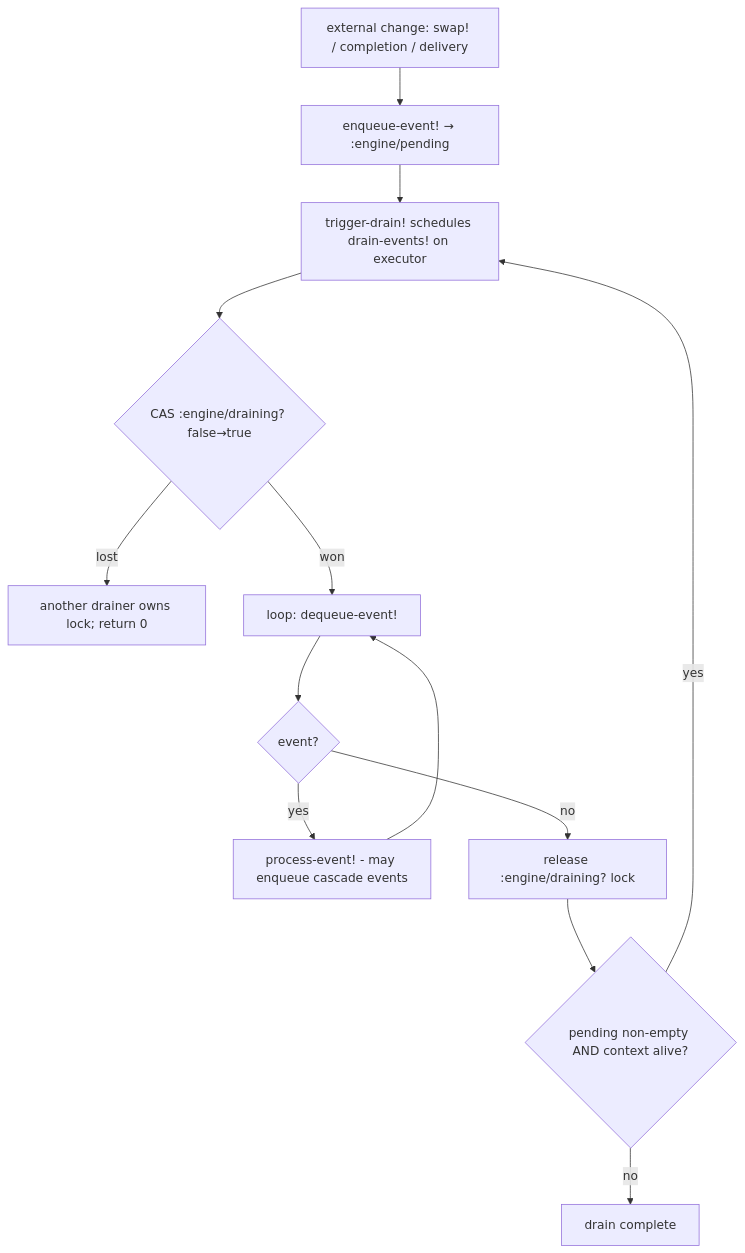
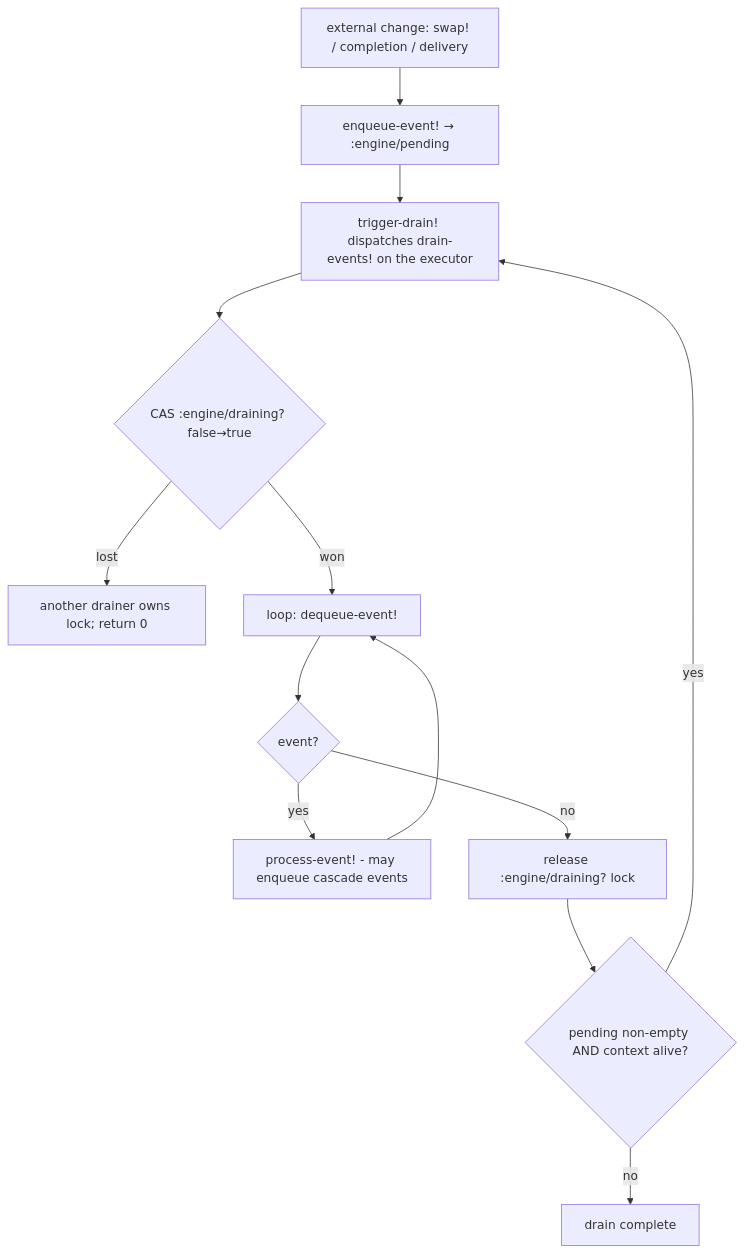
The first of 7 diagrams in docs/engine-formalism.md (replikativ/spindel), drawn with Mermaid before and after one commit. The commit also changed 16 other files, not shown here.

````diff
--- a/docs/engine-formalism.md
+++ b/docs/engine-formalism.md
@@ -353,15 +353,15 @@
 ```mermaid
 flowchart TD
     A[external change: swap! / completion / delivery] --> B[enqueue-event! → :engine/pending]
-    B --> C[trigger-drain! schedules drain-events! on executor]
+    B --> C[trigger-drain! dispatches drain-events! on the executor]
     C --> D{CAS :engine/draining? false→true}
     D -- lost --> E[another drainer owns lock; return 0]
     D -- won --> F[loop: dequeue-event!]
     F --> G{event?}
     G -- yes --> H[process-event! - may enqueue cascade events]
     H --> F
     G -- no --> I[release :engine/draining? lock]
     I --> J{pending non-empty AND context alive?}
     J -- yes --> C
     J -- no --> K[drain complete]
 ```
````
